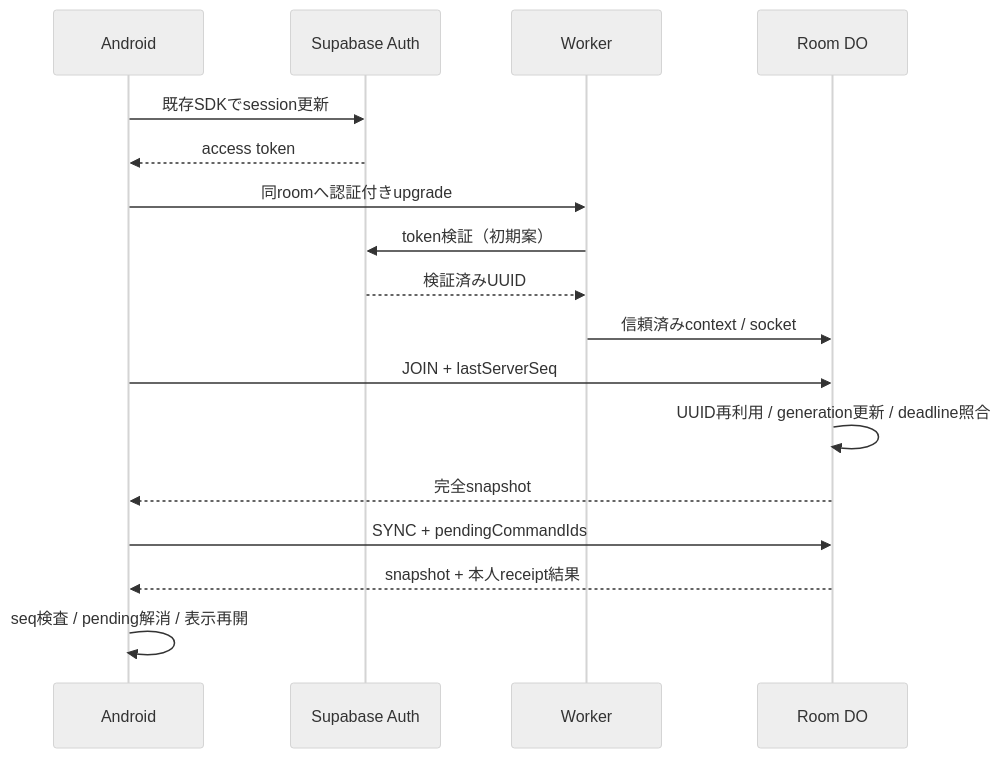
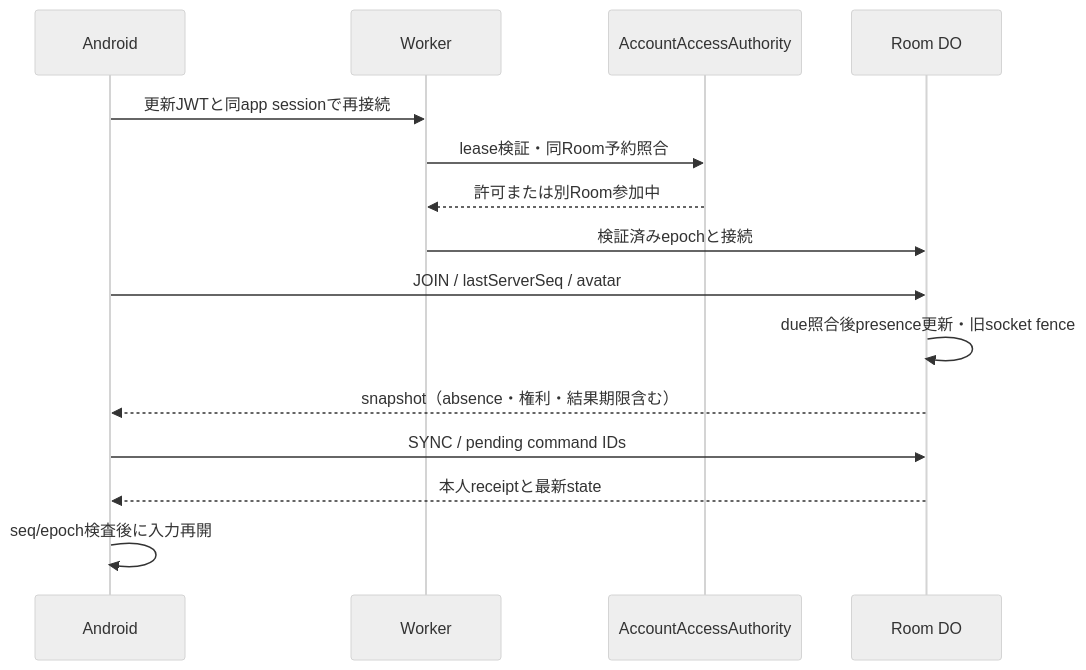
The fourth of 4 diagrams in docs/02_オンライン対局/新ふたり対戦_DO_WebSocket設計.md (shinp-dev/othello), drawn with Mermaid (neutral theme) before and after one commit. The commit also changed other lines of this file, not shown here.

Commit message:
docs: specify People Play absence, room reuse and session policies

````diff
--- a/docs/02_オンライン対局/新ふたり対戦_DO_WebSocket設計.md
+++ b/docs/02_オンライン対局/新ふたり対戦_DO_WebSocket設計.md
@@ -419,19 +591,17 @@
 ```mermaid
 sequenceDiagram
     participant A as Android
-    participant S as Supabase Auth
     participant W as Worker
+    participant U as AccountAccessAuthority
     participant D as Room DO
-    A->>S: 既存SDKでsession更新
-    S-->>A: access token
-    A->>W: 同roomへ認証付きupgrade
-    W->>S: token検証（初期案）
-    S-->>W: 検証済みUUID
-    W->>D: 信頼済みcontext / socket
-    A->>D: JOIN + lastServerSeq
-    D->>D: UUID再利用 / generation更新 / deadline照合
-    D-->>A: 完全snapshot
-    A->>D: SYNC + pendingCommandIds
-    D-->>A: snapshot + 本人receipt結果
-    A->>A: seq検査 / pending解消 / 表示再開
+    A->>W: 更新JWTと同app sessionで再接続
+    W->>U: lease検証・同Room予約照合
+    U-->>W: 許可または別Room参加中
+    W->>D: 検証済みepochと接続
+    A->>D: JOIN / lastServerSeq / avatar
+    D->>D: due照合後presence更新・旧socket fence
+    D-->>A: snapshot（absence・権利・結果期限含む）
+    A->>D: SYNC / pending command IDs
+    D-->>A: 本人receiptと最新state
+    A->>A: seq/epoch検査後に入力再開
 ```
````
